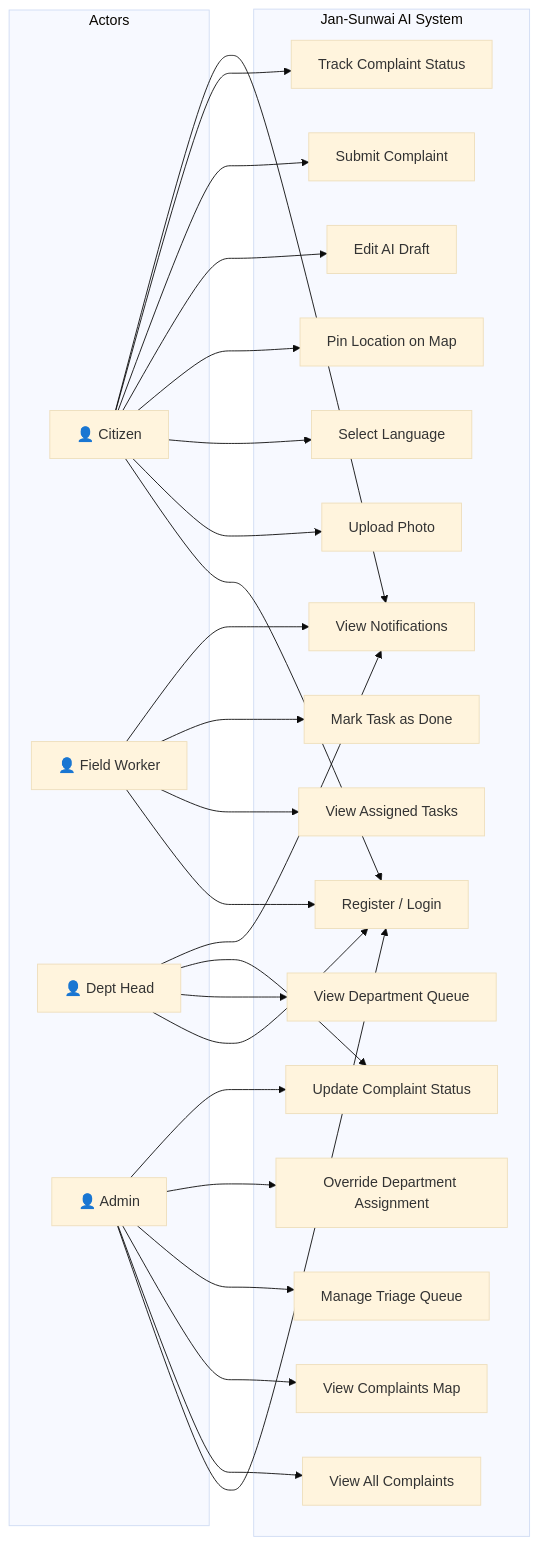
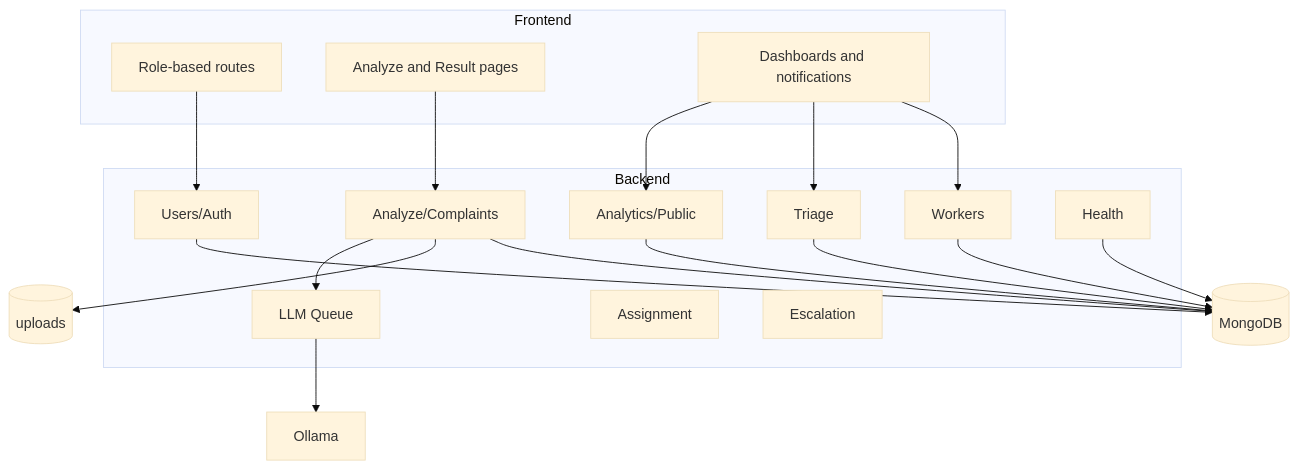
The second of 9 diagrams in docs/reports/PROJECT_REPORT.md (ark5234/Jan-Sunwai-AI), drawn with Mermaid (base theme) before and after one commit. The commit also changed other lines of this file and 13 other files, not shown here.

Commit message:
Refactor documentation in reports folder: Update README.md, SCHEMA_DESIGN.md, and SYSTEM_ARCHITECTURE.md for clarity and consistency. Enhance descriptions, add new sections, and improve formatting. Last updated date standardized to 2026-04-06.

````diff
--- a/docs/reports/PROJECT_REPORT.md
+++ b/docs/reports/PROJECT_REPORT.md
@@ -693,54 +72,37 @@
 ```mermaid
-graph LR
-    subgraph Actors
-        C[👤 Citizen]
-        F[👤 Field Worker]
-        D[👤 Dept Head]
-        A[👤 Admin]
+flowchart TB
+    subgraph Frontend
+        F1[Role-based routes]
+        F2[Analyze and Result pages]
+        F3[Dashboards and notifications]
     end
 
-    subgraph Jan-Sunwai AI System
-        UC1[Register / Login]
-        UC2[Upload Photo]
-        UC3[Select Language]
-        UC4[Pin Location on Map]
-        UC5[Edit AI Draft]
-        UC6[Submit Complaint]
-        UC7[Track Complaint Status]
-        UC8[View Notifications]
-        UC9[View Department Queue]
-        UC10[Update Complaint Status]
-        UC11[View All Complaints]
-        UC12[View Complaints Map]
-        UC13[Manage Triage Queue]
-        UC14[Override Department Assignment]
-        UC15[View Assigned Tasks]
-        UC16[Mark Task as Done]
+    subgraph Backend
+        B1[Users/Auth]
+        B2[Analyze/Complaints]
+        B3[Workers]
+        B4[Triage]
+        B5[Analytics/Public]
+        B6[Health]
+        B7[LLM Queue]
+        B8[Assignment]
+        B9[Escalation]
     end
 
-    C --> UC1
-    C --> UC2
-    C --> UC3
-    C --> UC4
-    C --> UC5
-    C --> UC6
-    C --> UC7
-    C --> UC8
+    F1 --> B1
+    F2 --> B2
+    F3 --> B3
+    F3 --> B4
+    F3 --> B5
 
-    F --> UC1
-    F --> UC15
-    F --> UC16
-    F --> UC8
+    B1 --> DB[(MongoDB)]
+    B2 --> DB
+    B3 --> DB
+    B4 --> DB
+    B5 --> DB
+    B6 --> DB
 
-    D --> UC1
-    D --> UC9
-    D --> UC10
-    D --> UC8
-
-    A --> UC1
-    A --> UC11
-    A --> UC12
-    A --> UC13
-    A --> UC14
-    A --> UC10
+    B2 --> U[(uploads)]
+    B7 --> O[Ollama]
+    B2 --> B7
 ```
````
